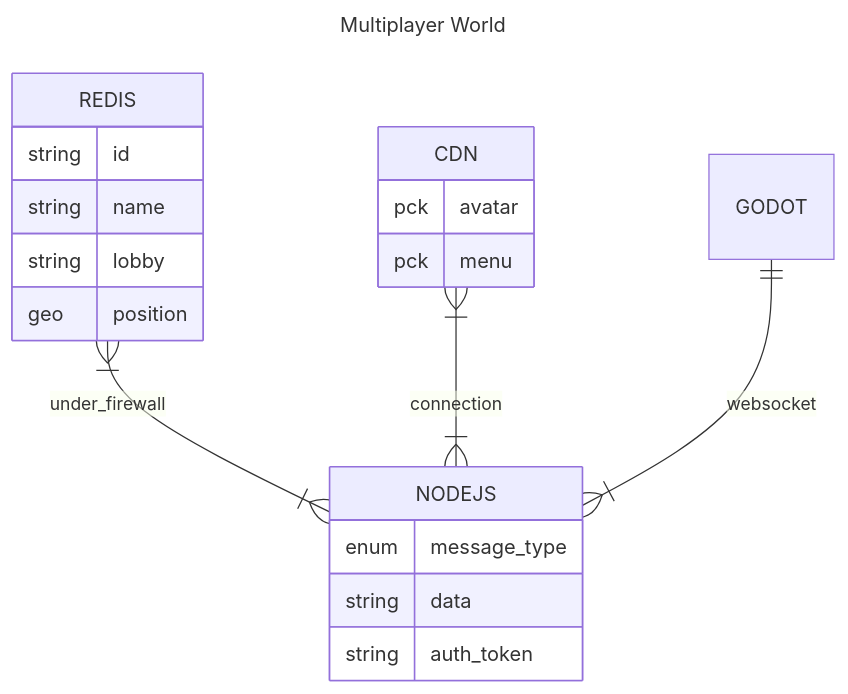
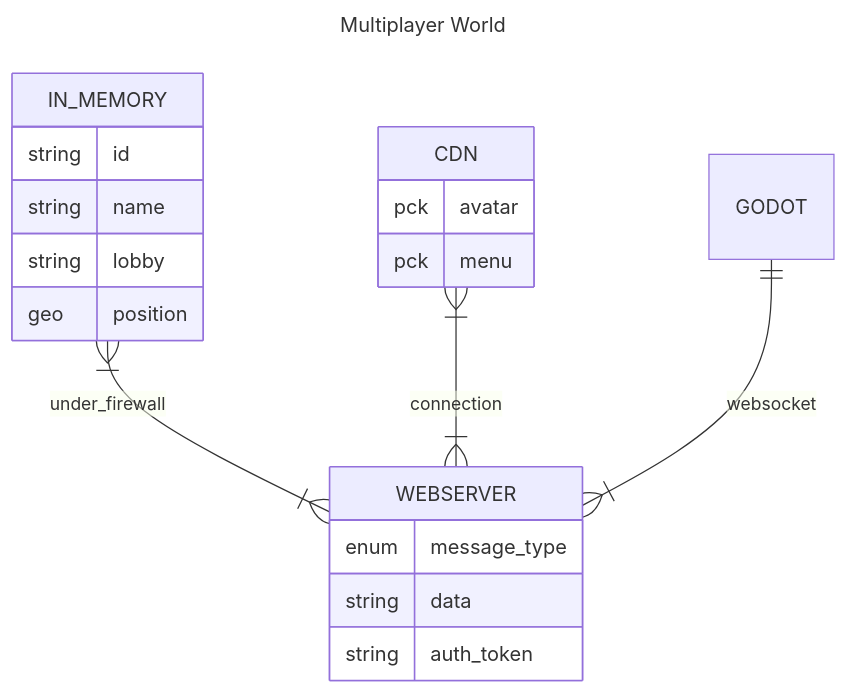
One commit to Ughuuu/Multiplayer-World changed the first of 3 diagrams in README.md. Above: the diagram before and after it, drawn with Mermaid. The commit also changed other lines of this file and 8 other files, not shown here.

````diff
--- a/README.md
+++ b/README.md
@@ -74,24 +74,24 @@
 ```mermaid
 ---
 title: Multiplayer World
 ---
 erDiagram
-    REDIS 1+--1+ NODEJS : under_firewall
-    CDN 1+--1+ NODEJS : connection
-    REDIS {
+    IN_MEMORY 1+--1+ WEBSERVER : under_firewall
+    CDN 1+--1+ WEBSERVER : connection
+    IN_MEMORY {
         string id
         string name
         string lobby
         geo position
     }
-    NODEJS {
+    WEBSERVER {
         enum message_type
         string data
         string auth_token
     }
     CDN {
         pck avatar
         pck menu
     }
-    GODOT 1--1+ NODEJS : websocket
+    GODOT 1--1+ WEBSERVER : websocket
 ```
````
